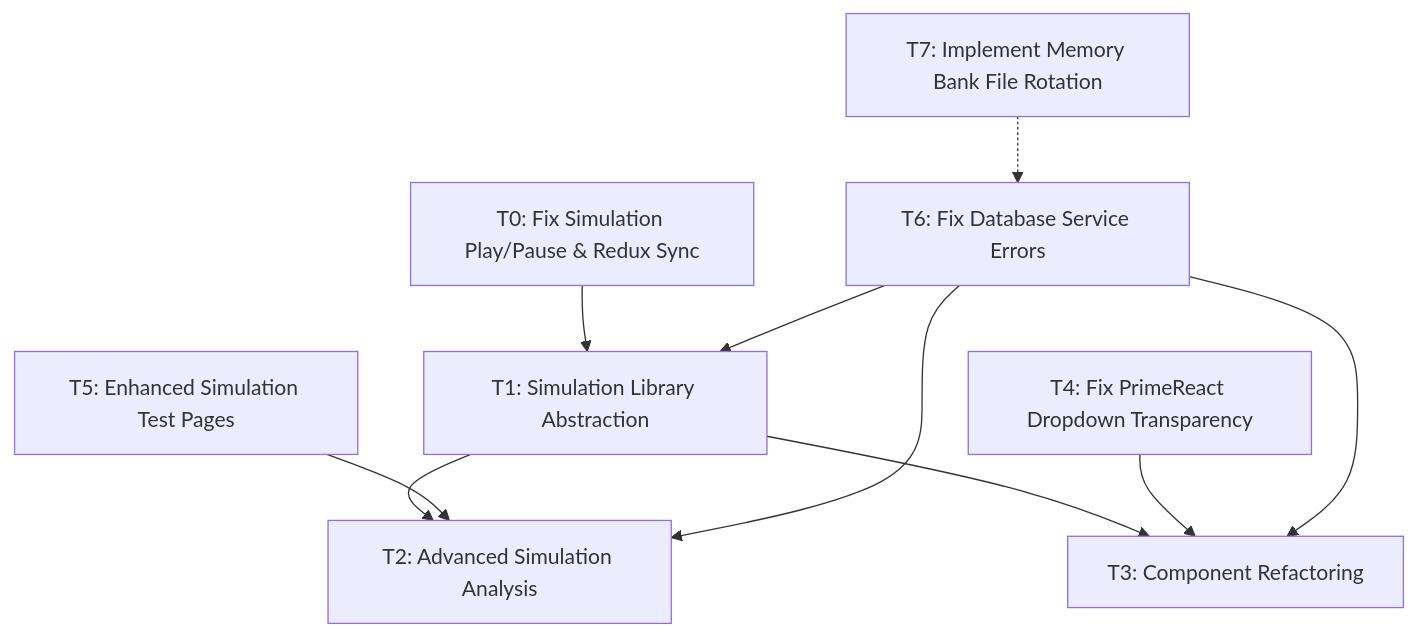
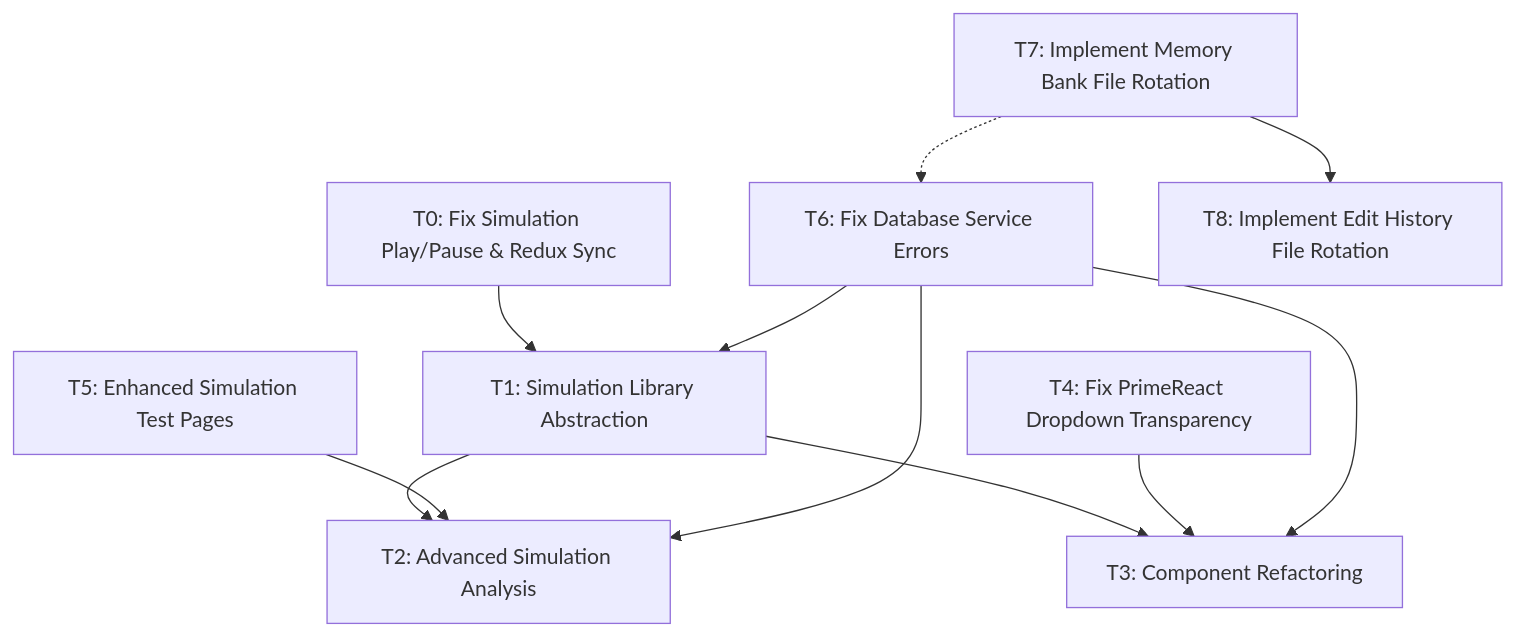
Before and after one commit to space-cadet/spin_network_app: the diagram in memory-bank/tasks.md, drawn with Mermaid. The commit also changed other lines of this file and 3 other files, not shown here.

Commit message:
Rotated edit history using log rotation protocol. Took very long and redid many things. Have to update protocol to fix redundancies and inefficiency.

````diff
--- a/memory-bank/tasks.md
+++ b/memory-bank/tasks.md
@@ -190,21 +211,23 @@
 ```mermaid
 graph TD
     T1[T1: Simulation Library Abstraction]
     T2[T2: Advanced Simulation Analysis]
     T3[T3: Component Refactoring]
     T0[T0: Fix Simulation Play/Pause & Redux Sync]
     T4[T4: Fix PrimeReact Dropdown Transparency]
     T5[T5: Enhanced Simulation Test Pages]
     T6[T6: Fix Database Service Errors]
     T7[T7: Implement Memory Bank File Rotation]
+    T8[T8: Implement Edit History File Rotation]
     
     T0 --> T1
     T1 --> T2
     T1 --> T3
     T4 --> T3
     T5 --> T2
     T6 --> T1
     T6 --> T2
     T6 --> T3
     T7 -.-> T6
+    T7 --> T8
 ```
````
